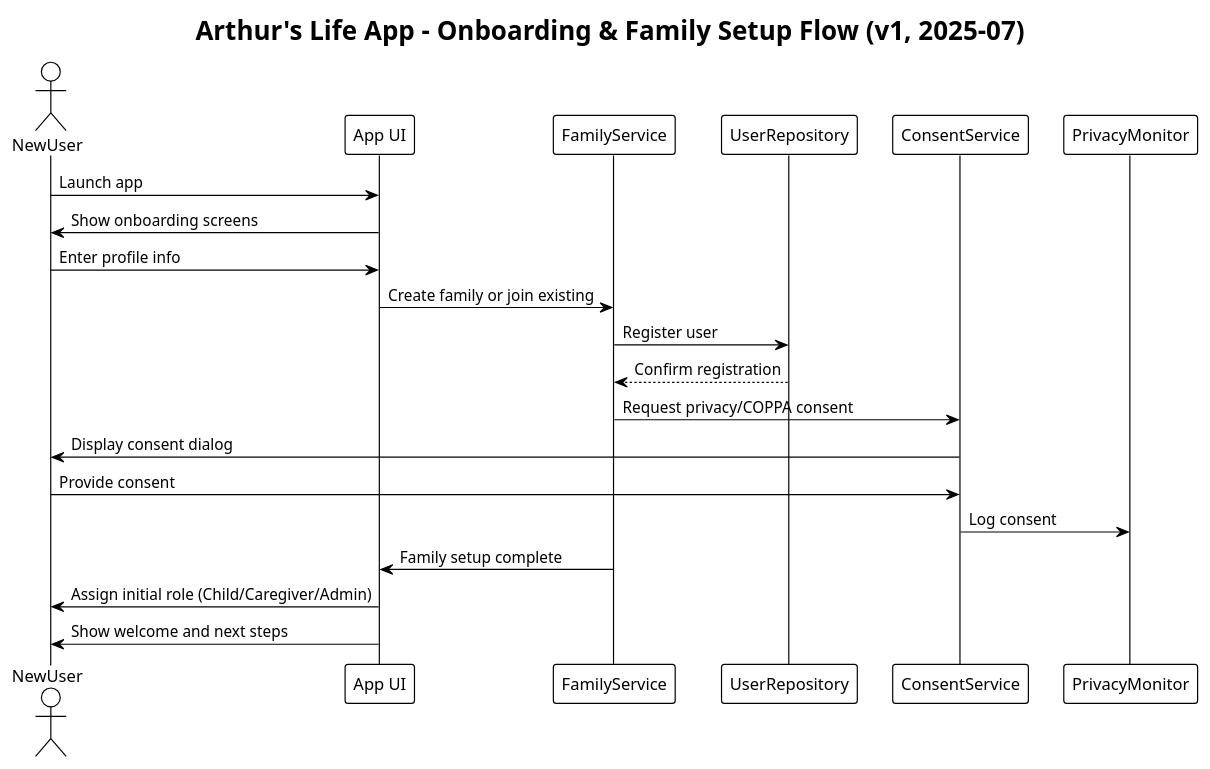
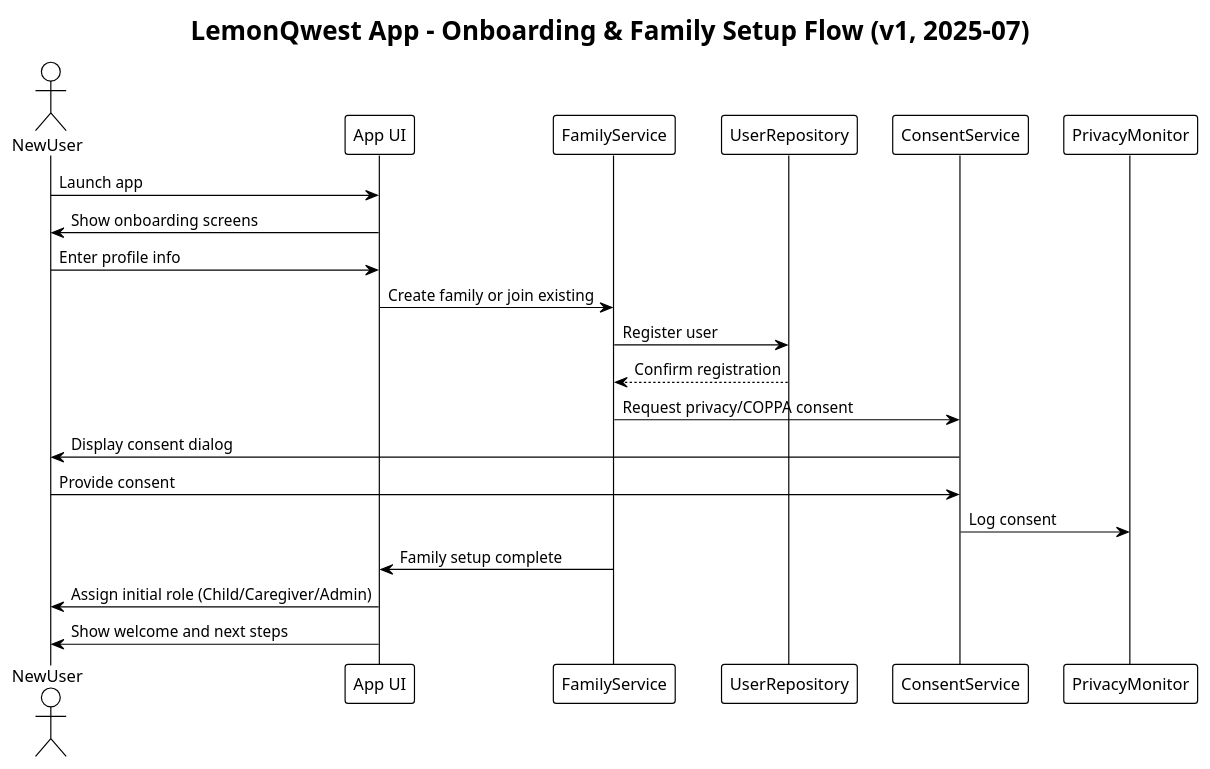
Before and after one commit to almeidaraphael/arthurs-life-app: the diagram in docs/diagrams/onboarding-flow.puml, drawn with PlantUML. The commit also changed 778 other files, not shown here.

First line of the commit message:
refactor: rename Arthurs Life App to LemonQwest across codebase and documentation

```diff
--- a/docs/diagrams/onboarding-flow.puml
+++ b/docs/diagrams/onboarding-flow.puml
@@ -1,26 +1,26 @@
 @startuml onboarding-flow
 !theme plain
 
-title Arthur's Life App - Onboarding & Family Setup Flow (v1, 2025-07)
+title LemonQwest App - Onboarding & Family Setup Flow (v1, 2025-07)
 
 actor NewUser
 participant "App UI" as UI
 participant "FamilyService" as FamilySvc
 participant "UserRepository" as UserRepo
 participant "ConsentService" as ConsentSvc
 participant "PrivacyMonitor" as PrivacyMon
 
 NewUser -> UI : Launch app
 UI -> NewUser : Show onboarding screens
 NewUser -> UI : Enter profile info
 UI -> FamilySvc : Create family or join existing
 FamilySvc -> UserRepo : Register user
 UserRepo --> FamilySvc : Confirm registration
 FamilySvc -> ConsentSvc : Request privacy/COPPA consent
 ConsentSvc -> NewUser : Display consent dialog
 NewUser -> ConsentSvc : Provide consent
 ConsentSvc -> PrivacyMon : Log consent
 FamilySvc -> UI : Family setup complete
 UI -> NewUser : Assign initial role (Child/Caregiver/Admin)
 UI -> NewUser : Show welcome and next steps
 @enduml
```
